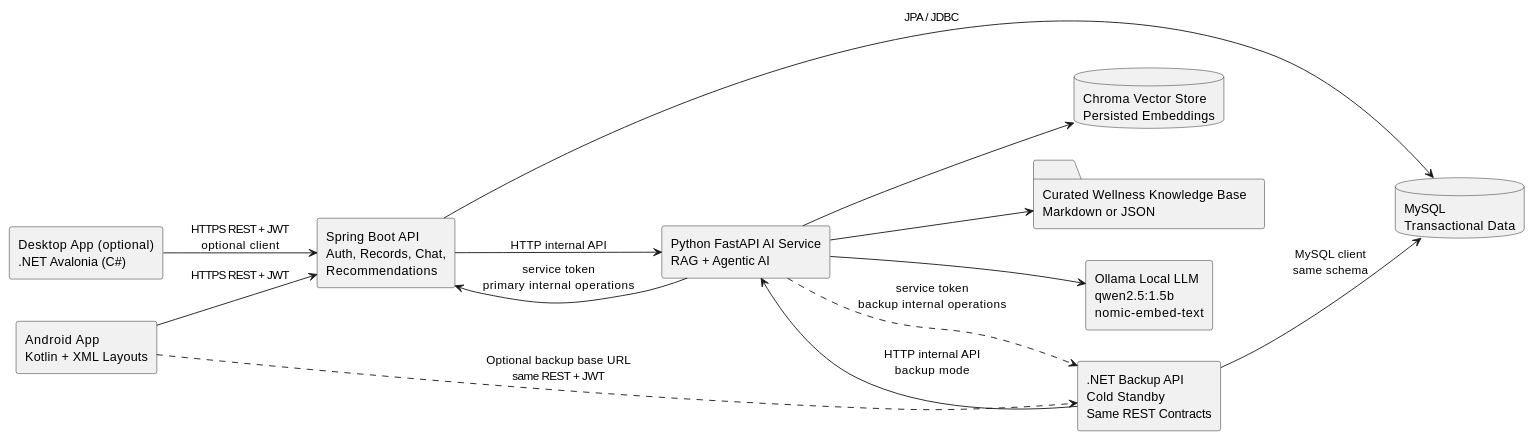
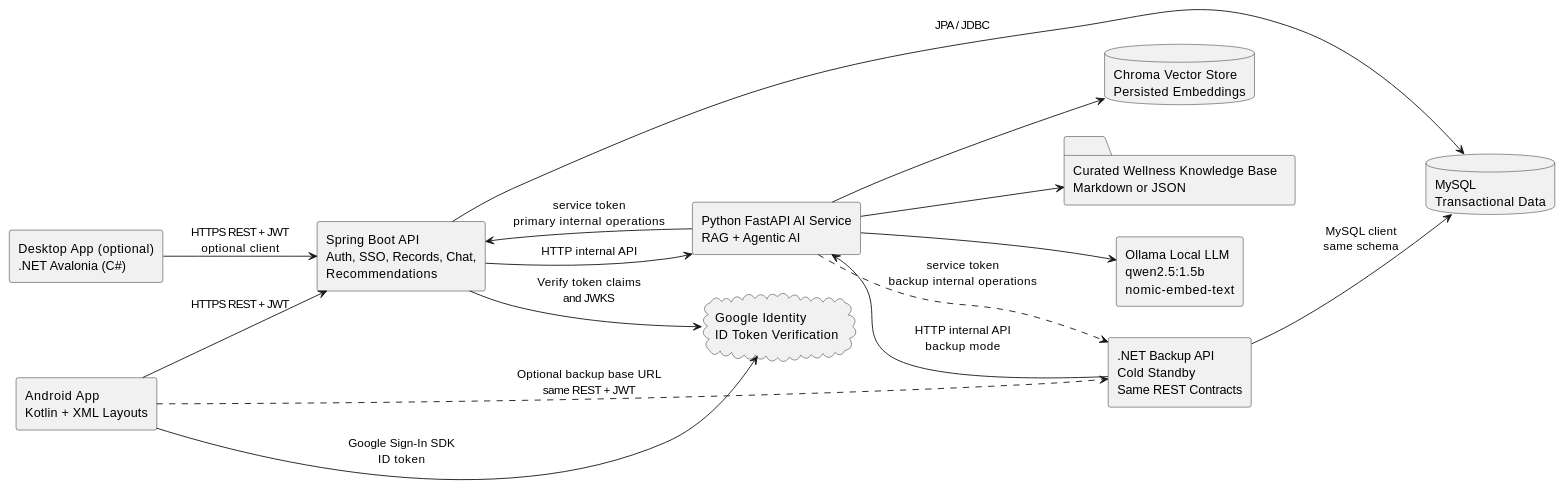
Before and after one commit to SA62-team4/mobile-application-dev-ca: the first of 9 diagrams in docs/specs/04-plan-system-architecture.md, drawn with PlantUML. The commit also changed other lines of this file and 33 other files, not shown here.

````diff
--- a/docs/specs/04-plan-system-architecture.md
+++ b/docs/specs/04-plan-system-architecture.md
@@ -17,28 +17,31 @@
 ```plantuml
 @startuml
 left to right direction
 
 rectangle "Android App\nKotlin + XML Layouts" as Android
 rectangle "Desktop App (optional)\n.NET Avalonia (C#)" as Desktop
-rectangle "Spring Boot API\nAuth, Records, Chat,\nRecommendations" as Backend
+rectangle "Spring Boot API\nAuth, SSO, Records, Chat,\nRecommendations" as Backend
+cloud "Google Identity\nID Token Verification" as Google
 rectangle ".NET Backup API\nCold Standby\nSame REST Contracts" as DotNet
 database "MySQL\nTransactional Data" as MySQL
 rectangle "Python FastAPI AI Service\nRAG + Agentic AI" as AI
 database "Chroma Vector Store\nPersisted Embeddings" as Chroma
 folder "Curated Wellness Knowledge Base\nMarkdown or JSON" as KB
 rectangle "Ollama Local LLM\nqwen2.5:1.5b\nnomic-embed-text" as Ollama
 
 Android --> Backend : HTTPS REST + JWT
 Desktop --> Backend : HTTPS REST + JWT\noptional client
 Android ..> DotNet : Optional backup base URL\nsame REST + JWT
+Android --> Google : Google Sign-In SDK\nID token
+Backend --> Google : Verify token claims\nand JWKS
 Backend --> MySQL : JPA / JDBC
 DotNet --> MySQL : MySQL client\nsame schema
 Backend --> AI : HTTP internal API
 DotNet --> AI : HTTP internal API\nbackup mode
 AI --> Chroma
 AI --> KB
 AI --> Ollama
 AI --> Backend : service token\nprimary internal operations
 AI ..> DotNet : service token\nbackup internal operations
 @enduml
 ```
````
